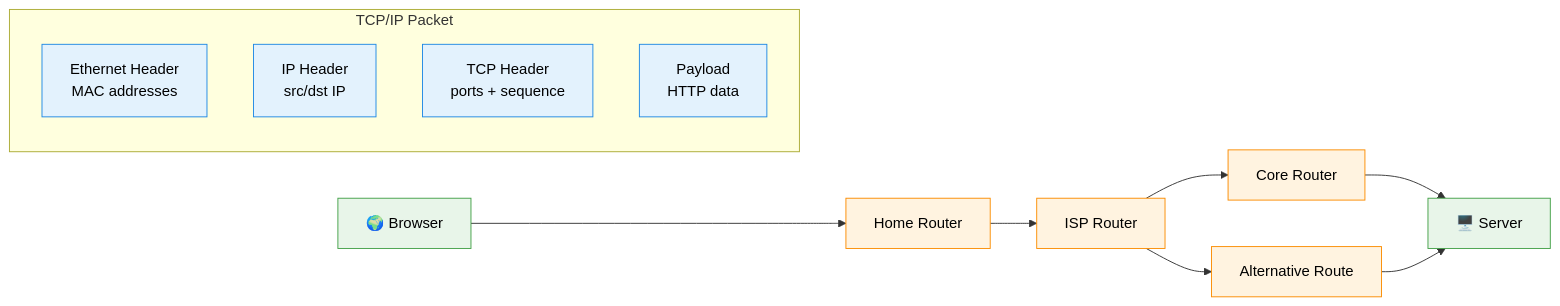
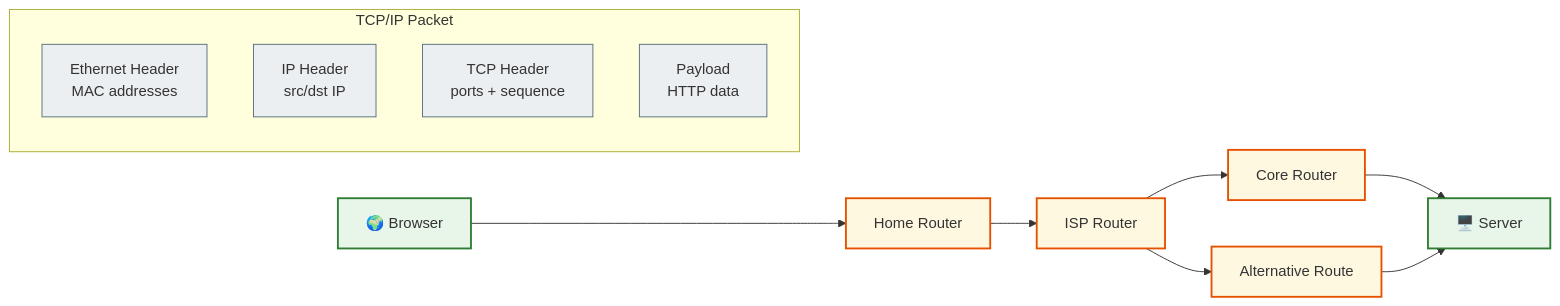
Before and after one commit to NikoriakViktot/notes_chat_app: diagram 11 of 12 in docs/01_web_foundations/network_mermaid_full.md, drawn with Mermaid. The commit also changed other lines of this file and 441 other files, not shown here.

First line of the commit message:
Add English version of the book, Mermaid standard, docs fixes

````diff
--- a/docs/01_web_foundations/network_mermaid_full.md
+++ b/docs/01_web_foundations/network_mermaid_full.md
@@ -259,43 +293,47 @@
 ```mermaid
 flowchart LR
-
-    classDef layer fill:#E3F2FD,stroke:#1E88E5,color:#000
-    classDef router fill:#FFF3E0,stroke:#FB8C00,color:#000
-    classDef endpoint fill:#E8F5E9,stroke:#43A047,color:#000
 
     subgraph PACKET["TCP/IP Packet"]
         direction TB
 
-        ETH["Ethernet Header\nMAC addresses"]:::layer
+        ETH["Ethernet Header<br>MAC addresses"]
 
-        IP["IP Header\nsrc/dst IP"]:::layer
+        IP["IP Header<br>src/dst IP"]
 
-        TCP["TCP Header\nports + sequence"]:::layer
+        TCP["TCP Header<br>ports + sequence"]
 
-        DATA["Payload\nHTTP data"]:::layer
+        DATA["Payload<br>HTTP data"]
     end
 
-    Browser["🌍 Browser"]:::endpoint
+    Browser["🌍 Browser"]
 
-    R1["Home Router"]:::router
+    R1["Home Router"]
 
-    ISP["ISP Router"]:::router
+    ISP["ISP Router"]
 
-    Core["Core Router"]:::router
+    Core["Core Router"]
 
-    Alt["Alternative Route"]:::router
+    Alt["Alternative Route"]
 
-    Server["🖥️ Server"]:::endpoint
+    Server["🖥️ Server"]
 
     Browser --> R1
 
     R1 --> ISP
 
     ISP --> Core
 
     ISP --> Alt
 
     Core --> Server
 
     Alt --> Server
+
+    classDef step     fill:#eceff1,stroke:#546e7a,stroke-width:1px;
+    classDef success  fill:#e8f5e9,stroke:#2e7d32,stroke-width:2px;
+    classDef warning  fill:#fff8e1,stroke:#e65100,stroke-width:2px;
+
+    class ETH,IP,TCP,DATA step;
+    class R1,ISP,Core,Alt warning;
+    class Browser,Server success;
 ```
````
